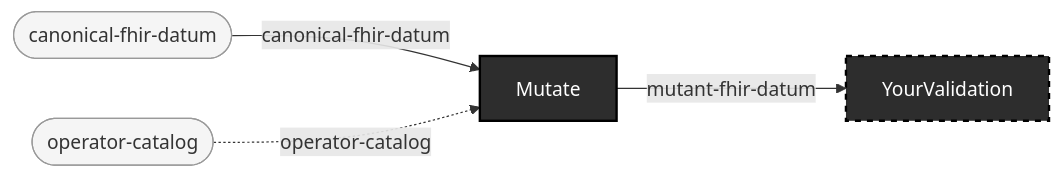
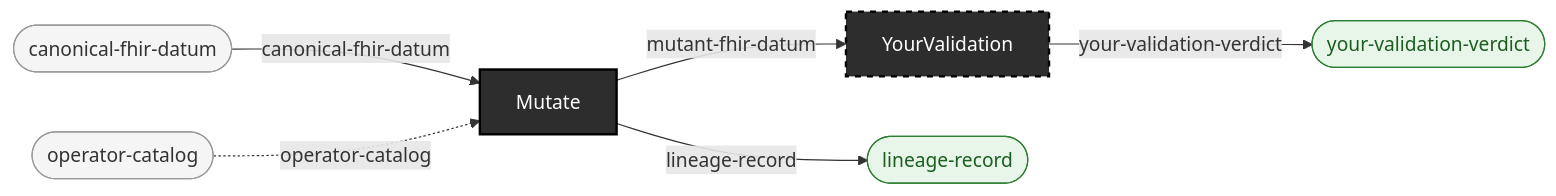
Before and after one commit to pragsmike/ehr-testing-tools: the diagram in docs/use-cases/mutation-adequacy-of-your-own-checks.md, drawn with Mermaid. The commit also changed 21 other files, not shown here.

First line of the commit message:
docs: regenerate use-case pages and pipeline diagram with result nodes (mechanical, zero hand edits)

````diff
--- a/docs/use-cases/mutation-adequacy-of-your-own-checks.md
+++ b/docs/use-cases/mutation-adequacy-of-your-own-checks.md
@@ -21,29 +21,39 @@
 ```mermaid
 flowchart LR
 
     %% --- Source types (raw inputs, not produced by any operation) ---
     canonical_fhir_datum(["canonical-fhir-datum"])
     operator_catalog(["operator-catalog"])
 
     %% --- Operations (boxes; spiders use distinct shapes) ---
     Mutate["Mutate"]
     YourValidation["YourValidation"]
 
+    %% --- Result types (terminal outputs) ---
+    lineage_record_out(["lineage-record"])
+    your_validation_verdict_out(["your-validation-verdict"])
+
     %% --- Wires (typed connections) ---
     %% Arrow 1: Mutate
     canonical_fhir_datum -- canonical-fhir-datum --> Mutate
     operator_catalog -. operator-catalog .-> Mutate
+    Mutate -- "lineage-record" --> lineage_record_out
 
     %% Arrow 2: YourValidation
     Mutate -- mutant-fhir-datum --> YourValidation
+    YourValidation -- "your-validation-verdict" --> your_validation_verdict_out
 
     %% --- Styling ---
 
     %% Operations: dark boxes (fan=blue, funnel=green, enrichment=outlined, gate=purple, external=dashed)
     style Mutate fill:#2d2d2d,stroke:#000,color:#fff,stroke-width:2px
     style YourValidation fill:#2d2d2d,stroke:#000,color:#fff,stroke-width:2px,stroke-dasharray: 5 5
 
     %% Source types: light rounded
     style canonical_fhir_datum fill:#f5f5f5,stroke:#999,color:#333
     style operator_catalog fill:#f5f5f5,stroke:#999,color:#333
+
+    %% Result types (terminal outputs): green rounded
+    style lineage_record_out fill:#e8f5e9,stroke:#2e7d32,color:#1b5e20
+    style your_validation_verdict_out fill:#e8f5e9,stroke:#2e7d32,color:#1b5e20
 ```
````
